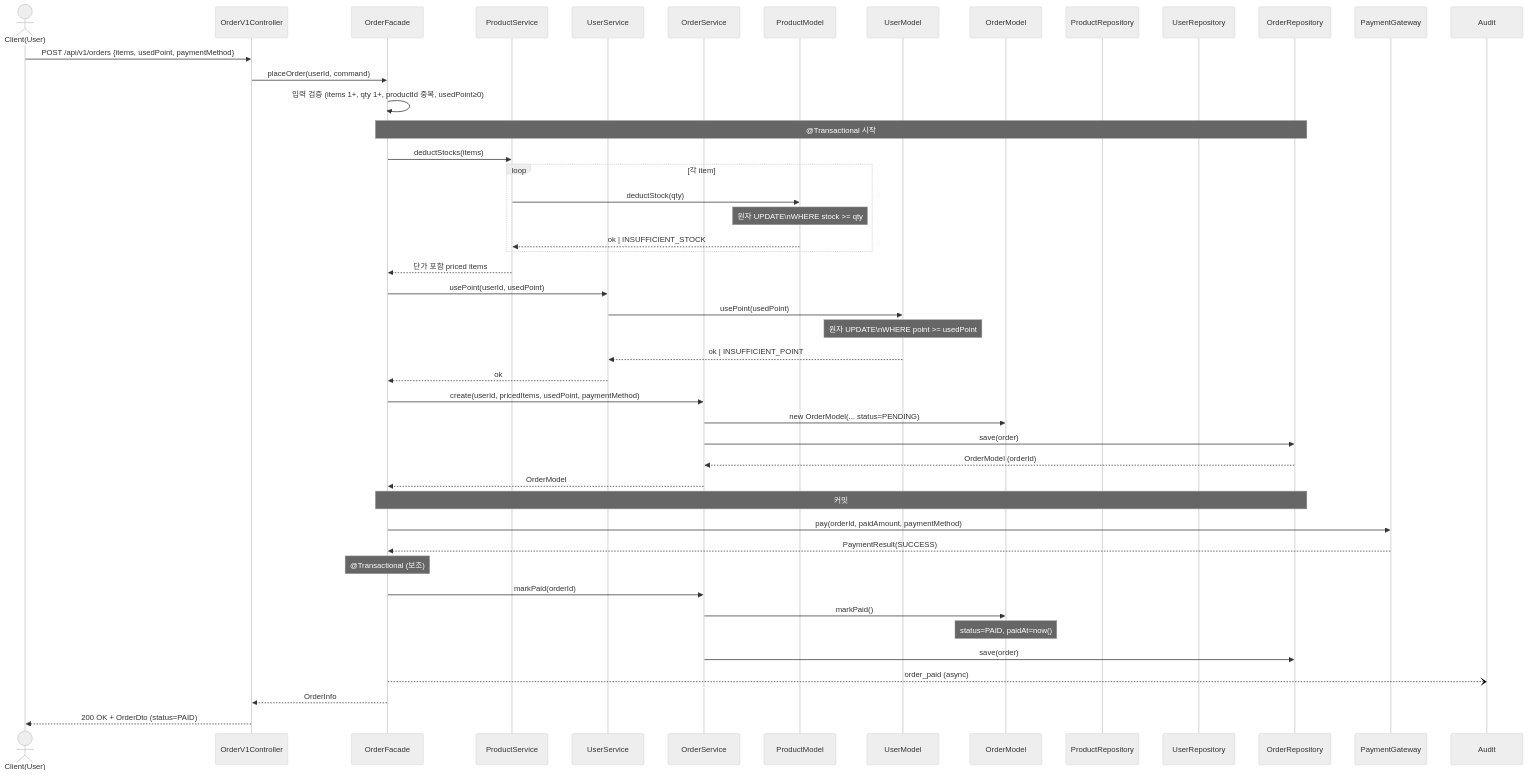
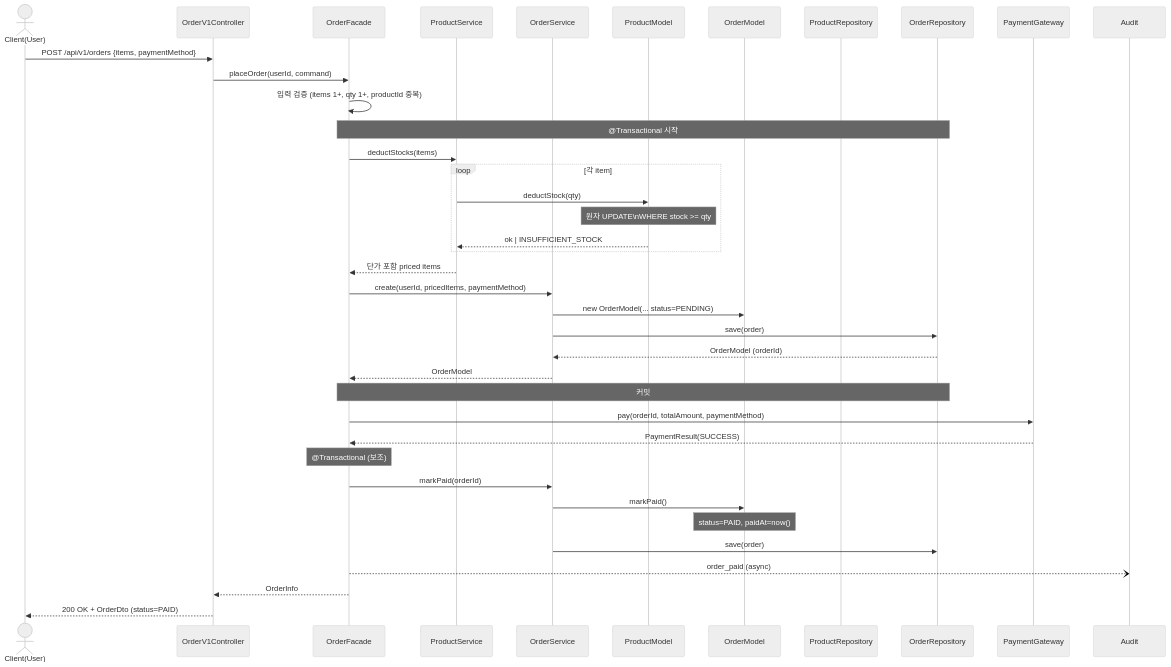
The eighth of 14 diagrams in docs/week2/02-sequence-diagrams.md (loopers-labs/loop-pack-be-l2-vol4-java), drawn with Mermaid (neutral theme) before and after one commit. The commit also changed other lines of this file and 3 other files, not shown here.

Commit message:
docs: 클래스 다이어그램 추가 및 erd 추가

````diff
--- a/docs/week2/02-sequence-diagrams.md
+++ b/docs/week2/02-sequence-diagrams.md
@@ -318,55 +318,46 @@
 ```mermaid
 sequenceDiagram
     actor C as Client(User)
     participant Ctrl as OrderV1Controller
     participant Fac as OrderFacade
     participant PSvc as ProductService
-    participant USvc as UserService
     participant OSvc as OrderService
     participant P as ProductModel
-    participant U as UserModel
     participant O as OrderModel
     participant PRepo as ProductRepository
-    participant URepo as UserRepository
     participant ORepo as OrderRepository
     participant PG as PaymentGateway
 
-    C->>Ctrl: POST /api/v1/orders {items, usedPoint, paymentMethod}
+    C->>Ctrl: POST /api/v1/orders {items, paymentMethod}
     Ctrl->>Fac: placeOrder(userId, command)
-    Fac->>Fac: 입력 검증 (items 1+, qty 1+, productId 중복, usedPoint≥0)
+    Fac->>Fac: 입력 검증 (items 1+, qty 1+, productId 중복)
 
     Note over Fac,ORepo: @Transactional 시작
     Fac->>PSvc: deductStocks(items)
     loop 각 item
         PSvc->>P: deductStock(qty)
         Note over P: 원자 UPDATE\nWHERE stock >= qty
         P-->>PSvc: ok | INSUFFICIENT_STOCK
     end
     PSvc-->>Fac: 단가 포함 priced items
 
-    Fac->>USvc: usePoint(userId, usedPoint)
-    USvc->>U: usePoint(usedPoint)
-    Note over U: 원자 UPDATE\nWHERE point >= usedPoint
-    U-->>USvc: ok | INSUFFICIENT_POINT
-    USvc-->>Fac: ok
-
-    Fac->>OSvc: create(userId, pricedItems, usedPoint, paymentMethod)
+    Fac->>OSvc: create(userId, pricedItems, paymentMethod)
     OSvc->>O: new OrderModel(... status=PENDING)
     OSvc->>ORepo: save(order)
     ORepo-->>OSvc: OrderModel (orderId)
     OSvc-->>Fac: OrderModel
     Note over Fac,ORepo: 커밋
 
-    Fac->>PG: pay(orderId, paidAmount, paymentMethod)
+    Fac->>PG: pay(orderId, totalAmount, paymentMethod)
     PG-->>Fac: PaymentResult(SUCCESS)
 
     Note over Fac: @Transactional (보조)
     Fac->>OSvc: markPaid(orderId)
     OSvc->>O: markPaid()
     Note over O: status=PAID, paidAt=now()
     OSvc->>ORepo: save(order)
     Fac--)Audit: order_paid (async)
 
     Fac-->>Ctrl: OrderInfo
     Ctrl-->>C: 200 OK + OrderDto (status=PAID)
 ```
````
